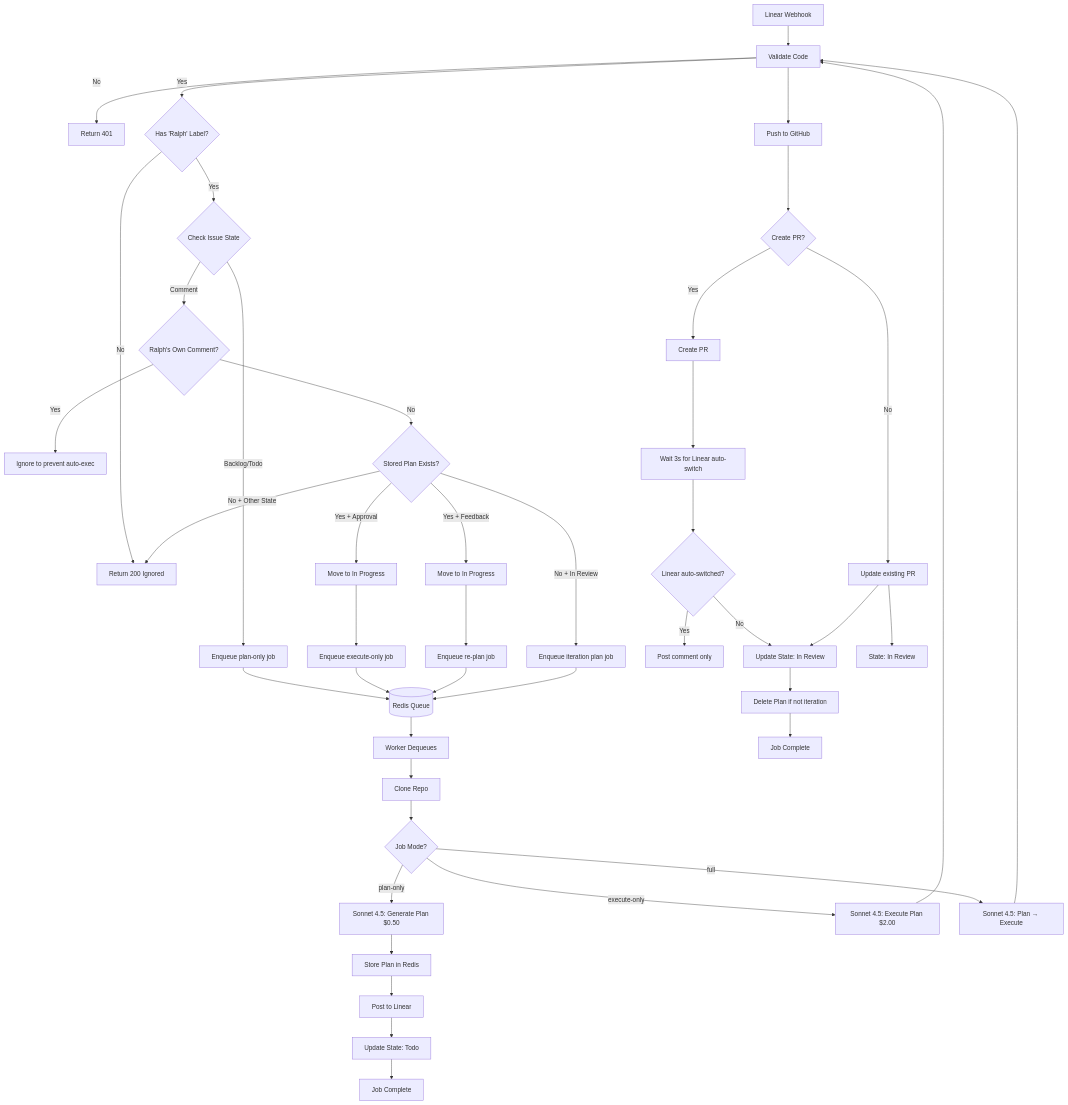
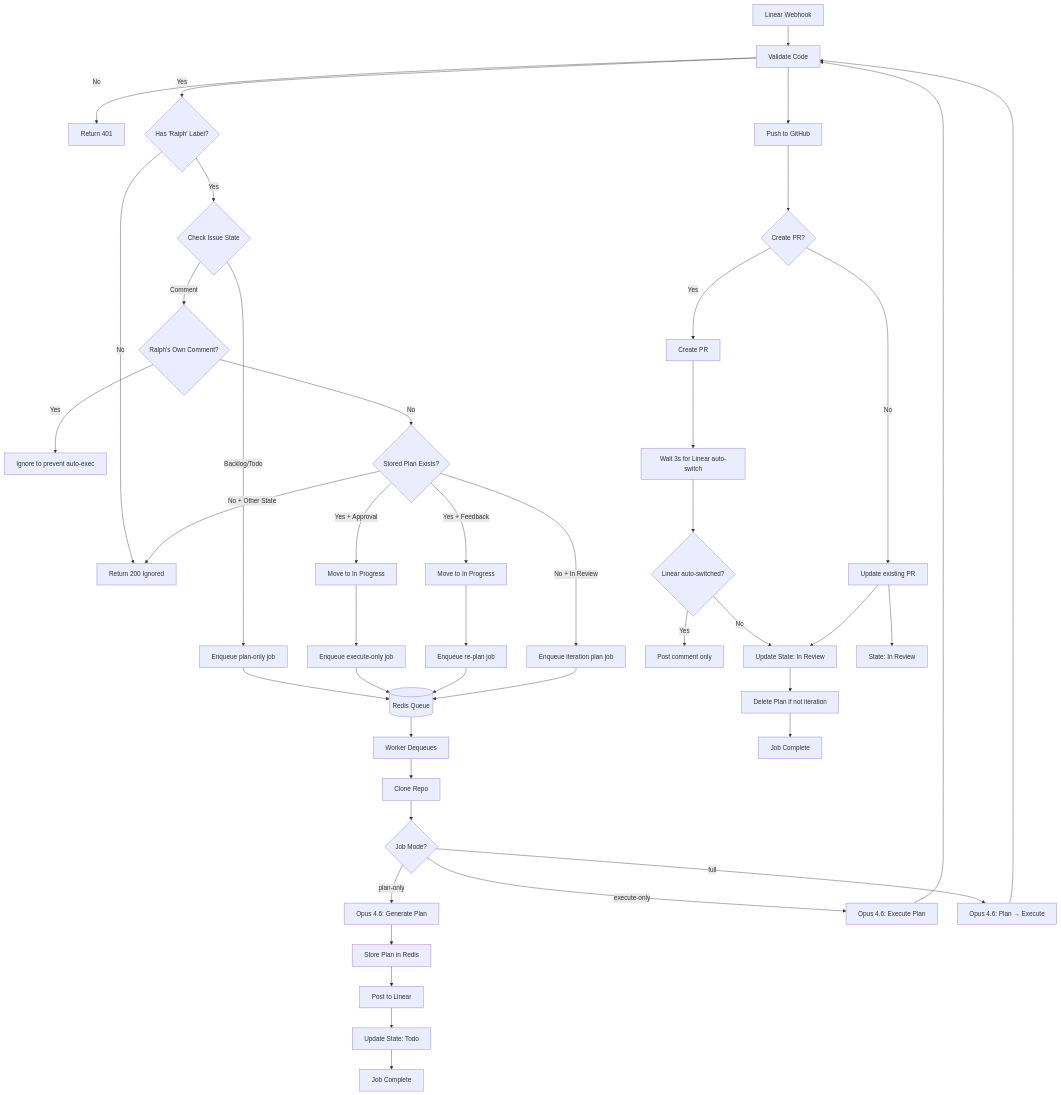
Before and after one commit to Replikanti/ralph-platform: the seventh of 8 diagrams in ARCHITECTURE.md, drawn with Mermaid. The commit also changed other lines of this file and 1 other file, not shown here.

First line of the commit message:
docs: update README and ARCHITECTURE for Claude Max flat-rate

````diff
--- a/ARCHITECTURE.md
+++ b/ARCHITECTURE.md
@@ -667,56 +680,56 @@
 ```mermaid
 flowchart TD
     Start[Linear Webhook] --> Validate{Valid Signature?}
     Validate -->|No| Reject[Return 401]
     Validate -->|Yes| Label{Has 'Ralph' Label?}
     Label -->|No| Ignore[Return 200 Ignored]
     Label -->|Yes| State{Check Issue State}
 
     State -->|Backlog/Todo| Enqueue1[Enqueue plan-only job]
     State -->|Comment| FilterComment{Ralph's Own Comment?}
 
     FilterComment -->|Yes| Ignore2[Ignore to prevent auto-exec]
     FilterComment -->|No| CheckPlan{Stored Plan Exists?}
 
     CheckPlan -->|Yes + Approval| StateUpdate1[Move to In Progress]
     CheckPlan -->|Yes + Feedback| StateUpdate2[Move to In Progress]
     CheckPlan -->|No + In Review| Enqueue4[Enqueue iteration plan job]
     CheckPlan -->|No + Other State| Ignore
 
     StateUpdate1 --> Enqueue2[Enqueue execute-only job]
     StateUpdate2 --> Enqueue3[Enqueue re-plan job]
 
     Enqueue1 --> Redis[(Redis Queue)]
     Enqueue2 --> Redis
     Enqueue3 --> Redis
     Enqueue4 --> Redis
 
     Redis --> Worker[Worker Dequeues]
     Worker --> Clone[Clone Repo]
     Clone --> Mode{Job Mode?}
 
-    Mode -->|plan-only| Planning[Sonnet 4.5: Generate Plan $0.50]
-    Mode -->|execute-only| Execution[Sonnet 4.5: Execute Plan $2.00]
-    Mode -->|full| Both[Sonnet 4.5: Plan → Execute]
+    Mode -->|plan-only| Planning[Opus 4.6: Generate Plan]
+    Mode -->|execute-only| Execution[Opus 4.6: Execute Plan]
+    Mode -->|full| Both[Opus 4.6: Plan → Execute]
 
     Planning --> Store[Store Plan in Redis]
     Store --> PostPlan[Post to Linear]
     PostPlan --> UpdateState1[Update State: Todo]
     UpdateState1 --> Complete1[Job Complete]
 
     Execution --> Validate[Validate Code]
     Validate --> Push[Push to GitHub]
     Push --> PR{Create PR?}
     PR -->|Yes| CreatePR[Create PR]
     PR -->|No| UpdatePR[Update existing PR]
     CreatePR --> Wait[Wait 3s for Linear auto-switch]
     Wait --> CheckSwitch{Linear auto-switched?}
     CheckSwitch -->|Yes| CommentOnly[Post comment only]
     CheckSwitch -->|No| UpdateState2[Update State: In Review]
     UpdatePR --> UpdateState3[State: In Review]
     UpdatePR --> UpdateState2
     UpdateState2 --> Cleanup[Delete Plan if not iteration]
     Cleanup --> Complete2[Job Complete]
 
     Both --> Validate
 ```
````
